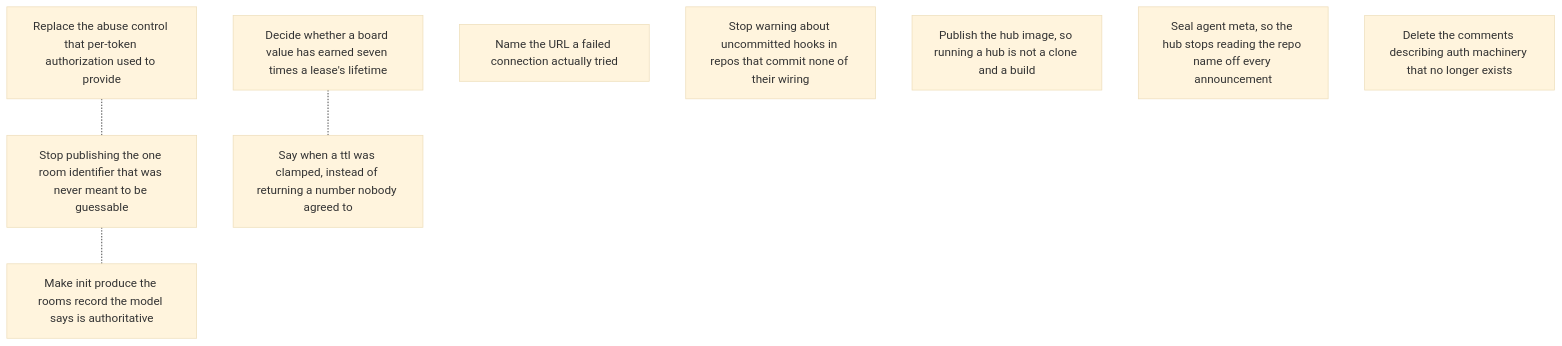
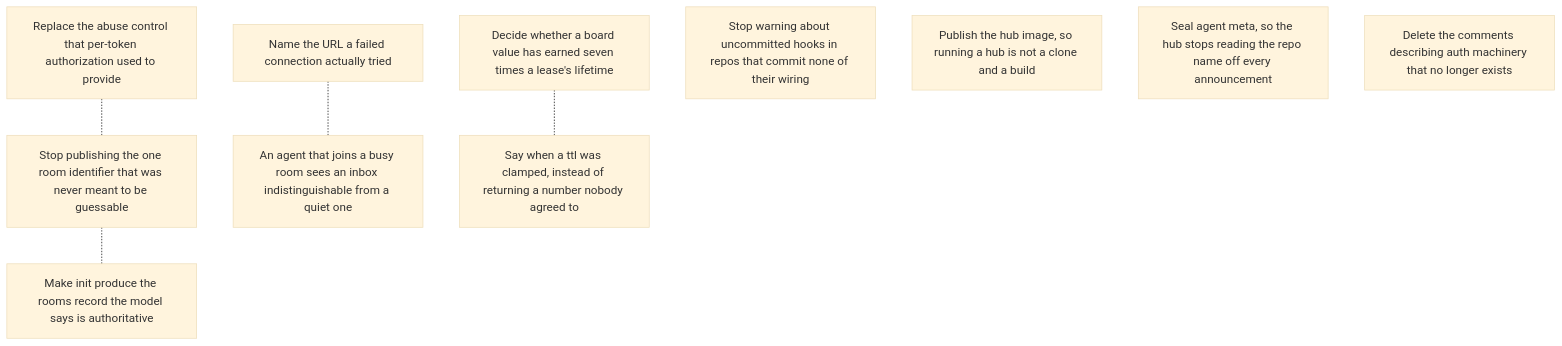
One commit to gald33/switchboard changed the diagram in roadmap/ROADMAP.md. Above: the diagram before and after it, drawn with Mermaid (base theme). The commit also changed other lines of this file and 2 other files, not shown here.

First line of the commit message:
Roadmap: a joining agent's empty inbox is indistinguishable from a quiet room

````diff
--- a/roadmap/ROADMAP.md
+++ b/roadmap/ROADMAP.md
@@ -47,16 +50,18 @@
 ```mermaid
 graph TD
   abuse_control_after_authorization["Replace the abuse control that per-token authorization used to provide"]
   board_ttl_ceiling["Decide whether a board value has earned seven times a lease's lifetime"]
   ci_workspace_is_public["Stop publishing the one room identifier that was never meant to be guessable"]
   connect_failure_message["Name the URL a failed connection actually tried"]
   hooks_warning_false_positive["Stop warning about uncommitted hooks in repos that commit none of their wiring"]
   init_writes_rooms_file["Make init produce the rooms record the model says is authoritative"]
+  joining_agent_sees_empty_inbox["An agent that joins a busy room sees an inbox indistinguishable from a quiet one"]
   publish_hub_container_image["Publish the hub image, so running a hub is not a clone and a build"]
   seal_agent_meta["Seal agent meta, so the hub stops reading the repo name off every announcement"]
   stale_resolver_references["Delete the comments describing auth machinery that no longer exists"]
   ttl_clamped_silently["Say when a ttl was clamped, instead of returning a number nobody agreed to"]
   abuse_control_after_authorization -.- ci_workspace_is_public
   board_ttl_ceiling -.- ttl_clamped_silently
   ci_workspace_is_public -.- init_writes_rooms_file
+  connect_failure_message -.- joining_agent_sees_empty_inbox
 ```
````
